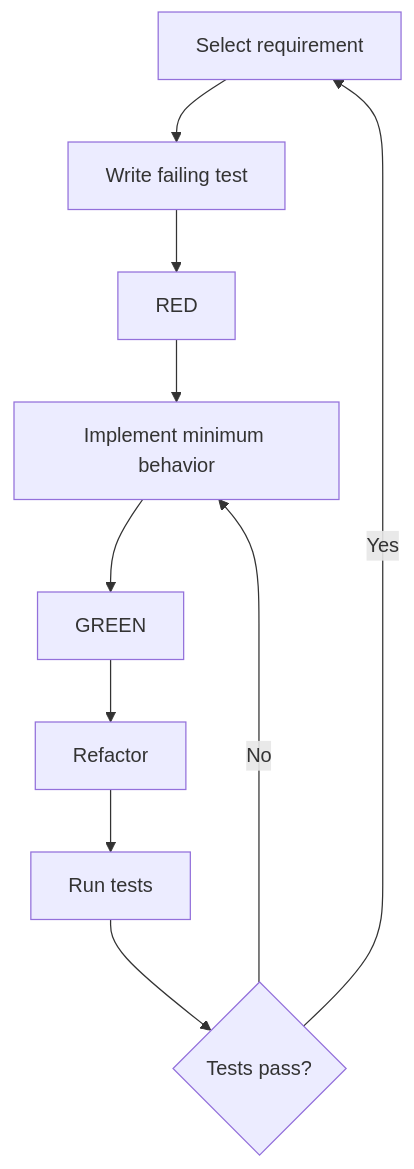
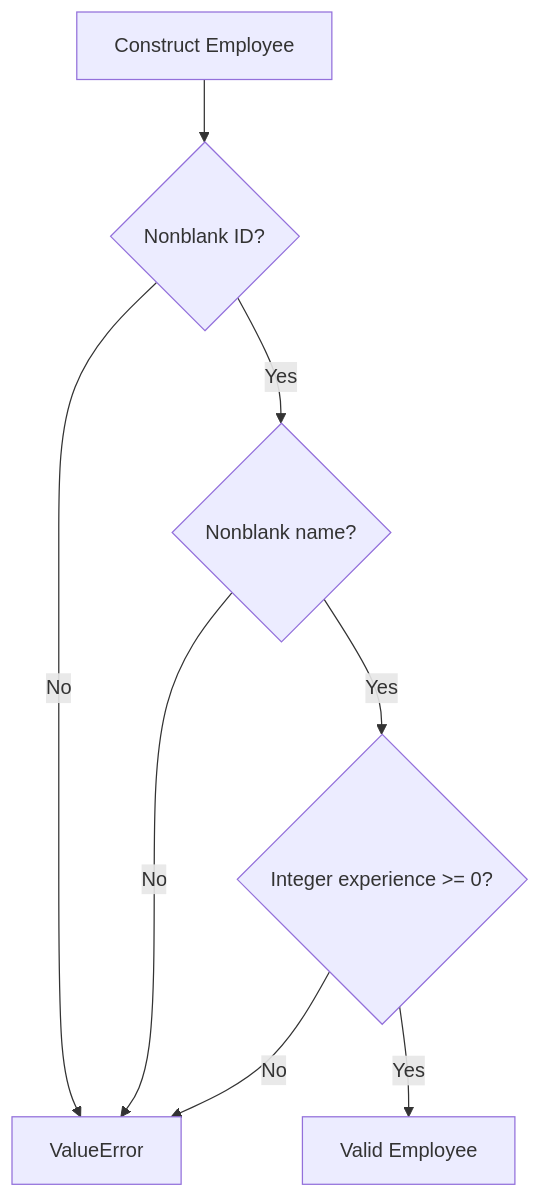
Before and after one commit to Thommans-Playground/coursera-IBM-RAG-Agentic-AI-Professional-Certificate: the sixth of 12 diagrams in course3/instructions.md, drawn with Mermaid. The commit also changed other lines of this file, not shown here.

````diff
--- a/course3/instructions.md
+++ b/course3/instructions.md
@@ -390,12 +351,10 @@
 ```mermaid
 flowchart TD
-    A["Select requirement"] --> B["Write failing test"]
-    B --> C["RED"]
-    C --> D["Implement minimum behavior"]
-    D --> E["GREEN"]
-    E --> F["Refactor"]
-    F --> G["Run tests"]
-    G --> H{"Tests pass?"}
-    H -->|No| D
-    H -->|Yes| A
+    C["Construct Employee"] --> ID{"Nonblank ID?"}
+    ID -->|No| X["ValueError"]
+    ID -->|Yes| N{"Nonblank name?"}
+    N -->|No| X
+    N -->|Yes| E{"Integer experience >= 0?"}
+    E -->|No| X
+    E -->|Yes| OK["Valid Employee"]
 ```
````
